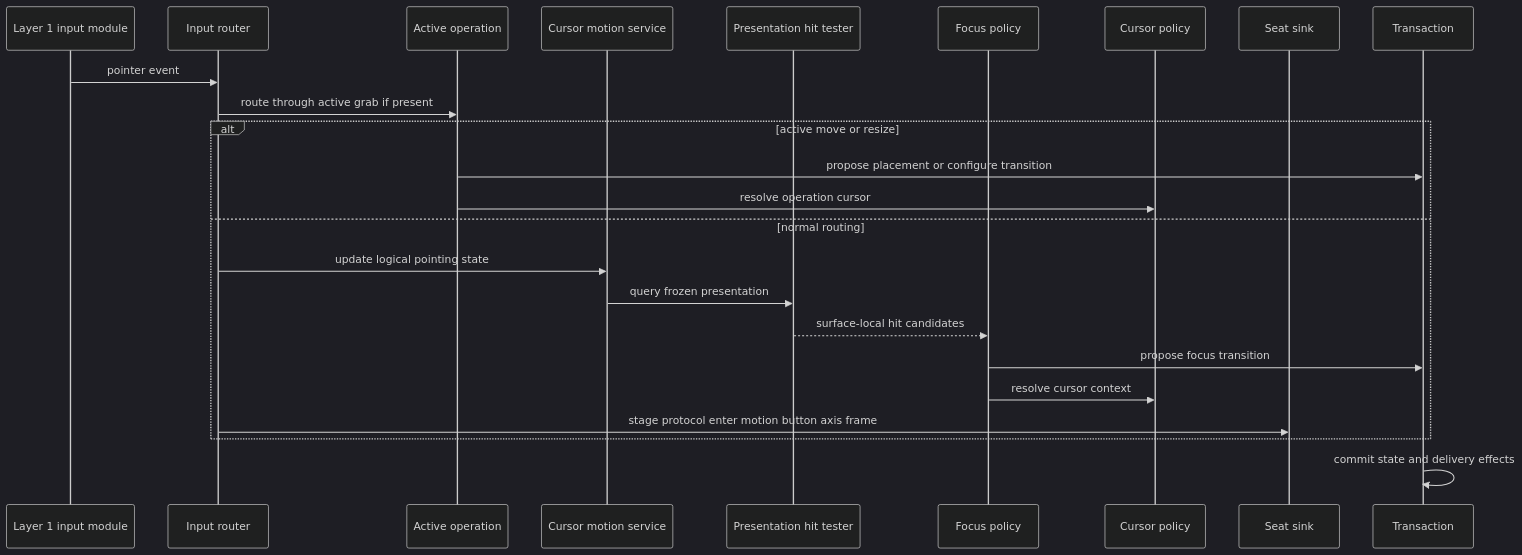
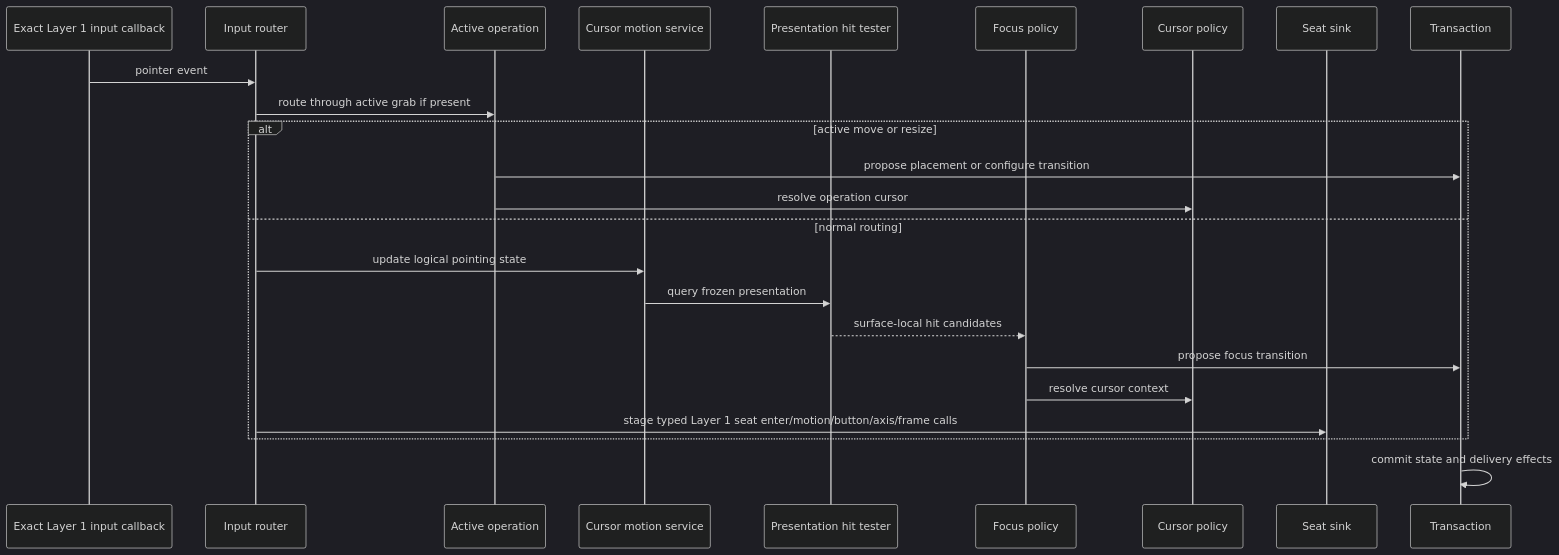
Before and after one commit to SeungheonOh/ataxia: diagram 14 of 20 in docs/LAYER-2-CLOS-DESIGN.md, drawn with Mermaid (dark theme). The commit also changed other lines of this file, not shown here.

Commit message:
docs: replace native event router with protocol sinks

````diff
--- a/docs/LAYER-2-CLOS-DESIGN.md
+++ b/docs/LAYER-2-CLOS-DESIGN.md
@@ -980,27 +982,27 @@
 ```mermaid
 sequenceDiagram
-    participant L1 as Layer 1 input module
+    participant L1 as Exact Layer 1 input callback
     participant IR as Input router
     participant OP as Active operation
     participant CM as Cursor motion service
     participant HT as Presentation hit tester
     participant FP as Focus policy
     participant CP as Cursor policy
     participant SS as Seat sink
     participant TX as Transaction
 
     L1->>IR: pointer event
     IR->>OP: route through active grab if present
     alt active move or resize
         OP->>TX: propose placement or configure transition
         OP->>CP: resolve operation cursor
     else normal routing
         IR->>CM: update logical pointing state
         CM->>HT: query frozen presentation
         HT-->>FP: surface-local hit candidates
         FP->>TX: propose focus transition
         FP->>CP: resolve cursor context
-        IR->>SS: stage protocol enter motion button axis frame
+        IR->>SS: stage typed Layer 1 seat enter/motion/button/axis/frame calls
     end
     TX->>TX: commit state and delivery effects
 ```
````
